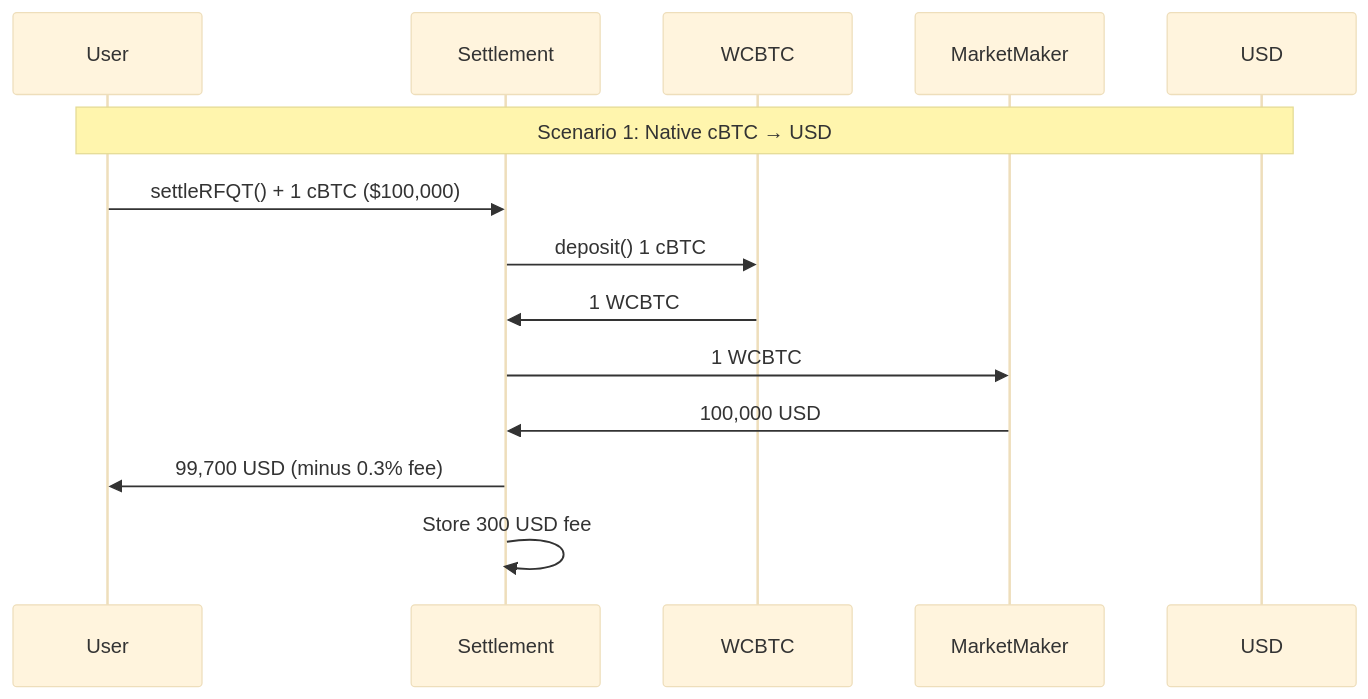
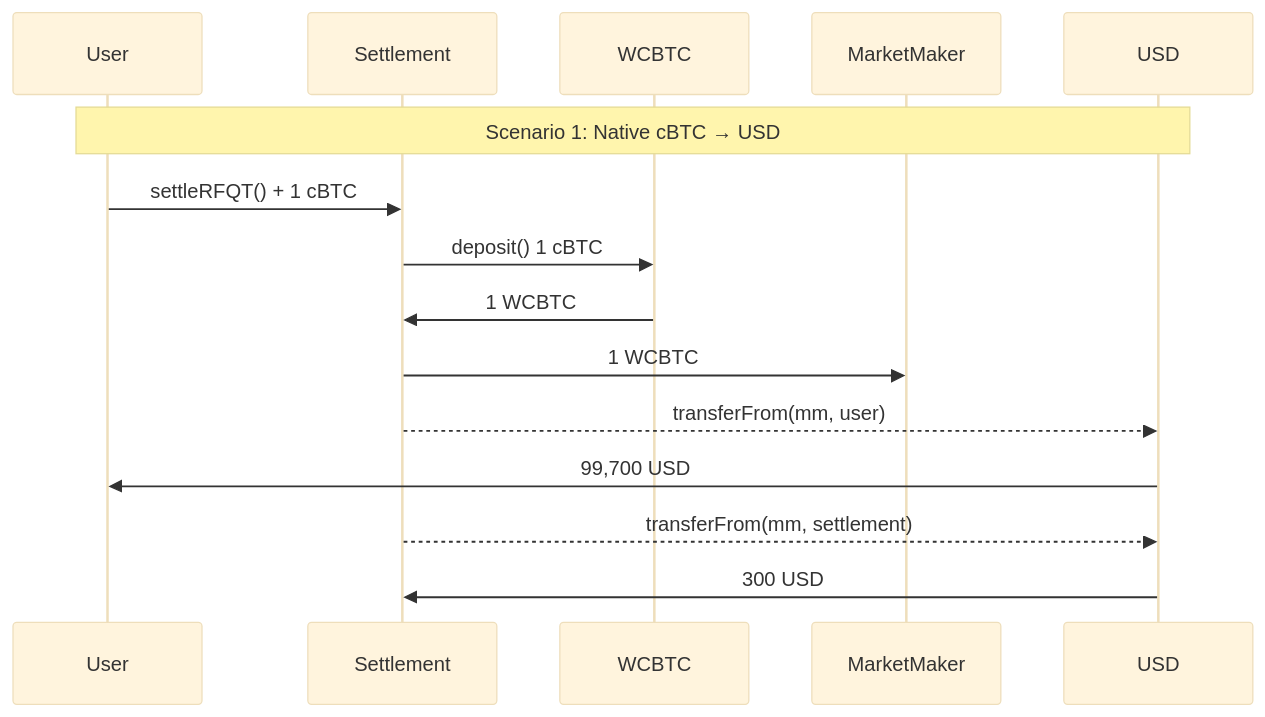
One commit to crest-bitcoin/docs changed the second of 4 diagrams in trading/rfqt.mdx. Above: the diagram before and after it, drawn with Mermaid (base theme). The commit also changed other lines of this file and 2 other files, not shown here.

````diff
--- a/trading/rfqt.mdx
+++ b/trading/rfqt.mdx
@@ -63,17 +63,18 @@
 ```mermaid
 sequenceDiagram
     participant User
     participant Settlement
     participant WCBTC
     participant MarketMaker
     participant USD
 
     Note over User,USD: Scenario 1: Native cBTC → USD
-    User->>Settlement: settleRFQT() + 1 cBTC ($100,000)
+    User->>Settlement: settleRFQT() + 1 cBTC
     Settlement->>WCBTC: deposit() 1 cBTC
     WCBTC->>Settlement: 1 WCBTC
     Settlement->>MarketMaker: 1 WCBTC
-    MarketMaker->>Settlement: 100,000 USD
-    Settlement->>User: 99,700 USD (minus 0.3% fee)
-    Settlement->>Settlement: Store 300 USD fee
+    Settlement-->>USD: transferFrom(mm, user)
+    USD->>User: 99,700 USD
+    Settlement-->>USD: transferFrom(mm, settlement)
+    USD->>Settlement: 300 USD
 ```
````
